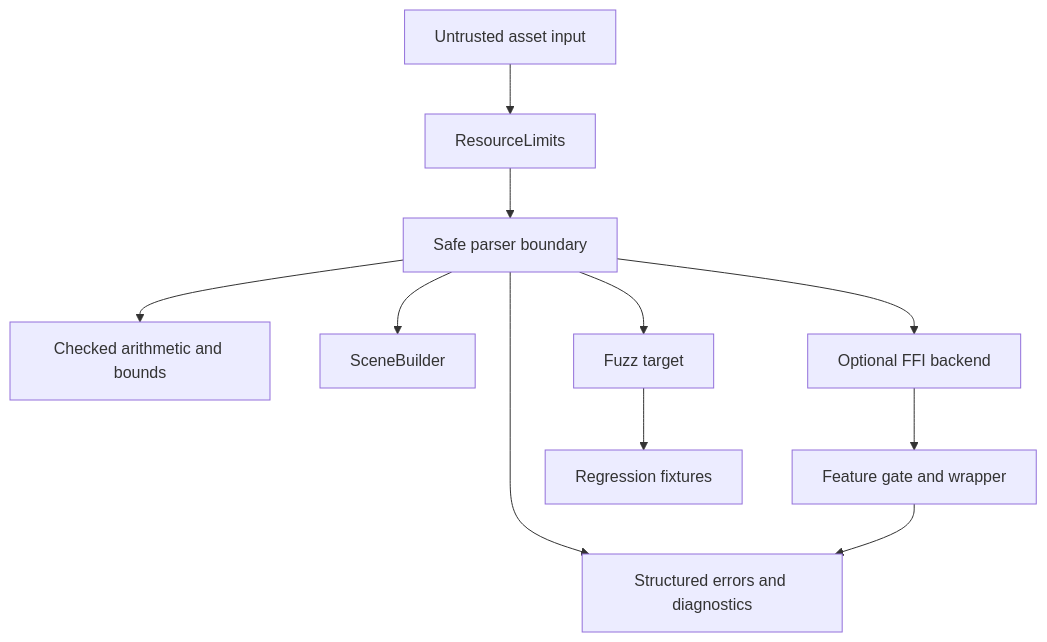
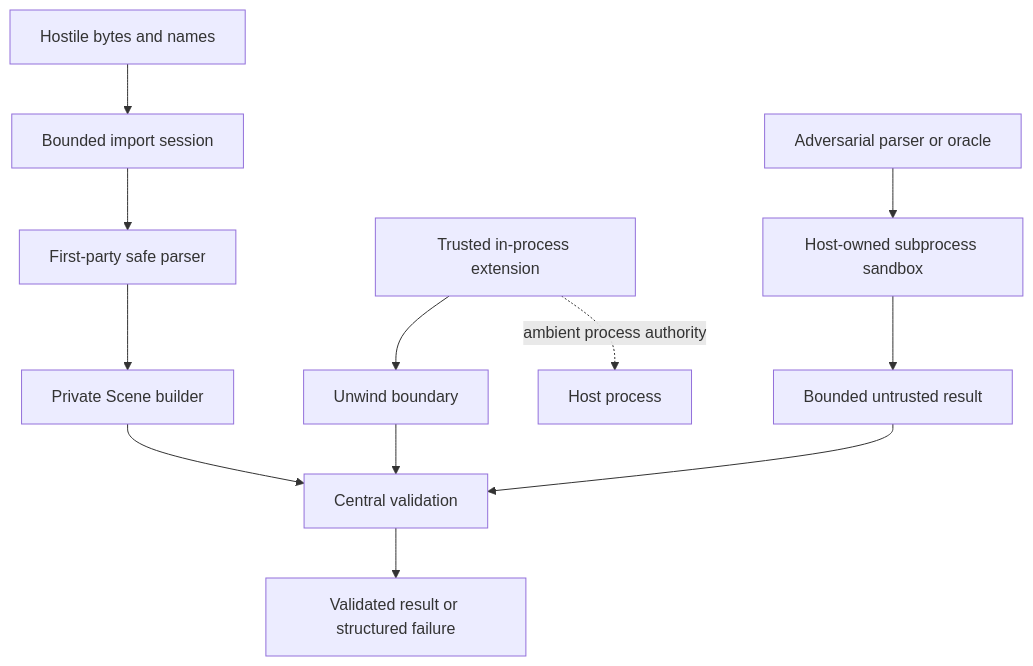
The diagram in docs/adr/0014-parser-security-unsafe-ffi-and-panic-boundary-policy.md (Latias94/baozi), drawn with Mermaid before and after one commit. The commit also changed other lines of this file and 978 other files, not shown here.

First line of the commit message:
refactor: deliver typed scene workflows and bounded imports (#3)

````diff
--- a/docs/adr/0014-parser-security-unsafe-ffi-and-panic-boundary-policy.md
+++ b/docs/adr/0014-parser-security-unsafe-ffi-and-panic-boundary-policy.md
@@ -39,15 +54,16 @@
 ```mermaid
 flowchart TD
-    Input[Untrusted asset input] --> Limits[ResourceLimits]
-    Limits --> Parser[Safe parser boundary]
-    Parser --> Checked[Checked arithmetic and bounds]
-    Parser --> Diagnostics[Structured errors and diagnostics]
-    Parser --> Builder[SceneBuilder]
+    Bytes[Hostile bytes and names] --> Session[Bounded import session]
+    Session --> Parser[First-party safe parser]
+    Parser --> Builder[Private Scene builder]
+    Builder --> Validate[Central validation]
+    Validate --> Result[Validated result or structured failure]
 
-    Parser --> OptionalFFI[Optional FFI backend]
-    OptionalFFI --> FFIGate[Feature gate and wrapper]
-    FFIGate --> Diagnostics
+    Extension[Trusted in-process extension] --> Unwind[Unwind boundary]
+    Unwind --> Validate
+    Extension -. ambient process authority .-> Host[Host process]
 
-    Parser --> Fuzz[Fuzz target]
-    Fuzz --> Regression[Regression fixtures]
+    Adversarial[Adversarial parser or oracle] --> Sandbox[Host-owned subprocess sandbox]
+    Sandbox --> Wire[Bounded untrusted result]
+    Wire --> Validate
 ```
````
